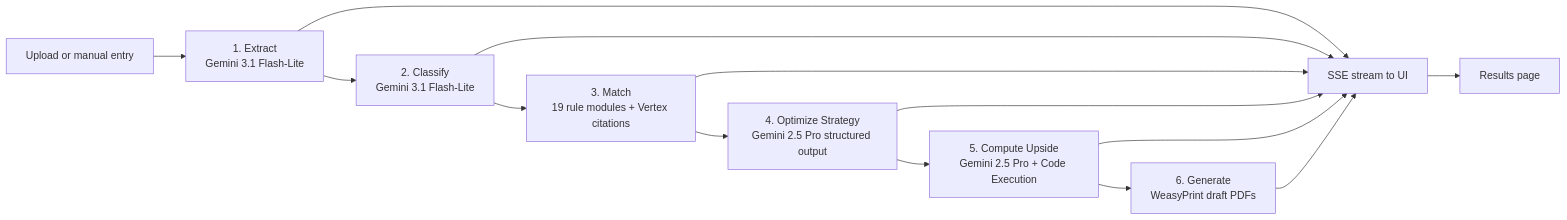
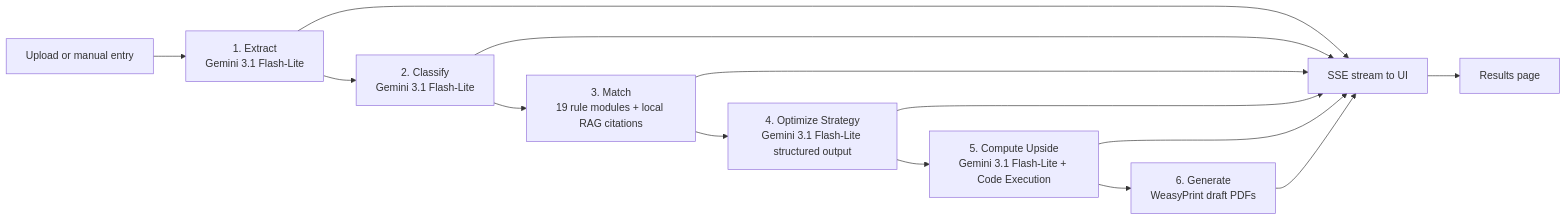
Before and after one commit to AlaskanTuna/Layak: the second of 8 diagrams in README.md, drawn with Mermaid. The commit also changed other lines of this file, not shown here.

Commit message:
docs: rewrite README and CLAUDE.md for free-tier stack (Gemini API key, local RAG, Vercel+Render)

````diff
--- a/README.md
+++ b/README.md
@@ -169,15 +169,15 @@
 ```mermaid
 flowchart LR
     Intake[Upload or manual entry] --> Extract[1. Extract<br/>Gemini 3.1 Flash-Lite]
     Extract --> Classify[2. Classify<br/>Gemini 3.1 Flash-Lite]
-    Classify --> Match[3. Match<br/>19 rule modules + Vertex citations]
-    Match --> Optimize[4. Optimize Strategy<br/>Gemini 2.5 Pro structured output]
-    Optimize --> Compute[5. Compute Upside<br/>Gemini 2.5 Pro + Code Execution]
+    Classify --> Match[3. Match<br/>19 rule modules + local RAG citations]
+    Match --> Optimize[4. Optimize Strategy<br/>Gemini 3.1 Flash-Lite structured output]
+    Optimize --> Compute[5. Compute Upside<br/>Gemini 3.1 Flash-Lite + Code Execution]
     Compute --> Generate[6. Generate<br/>WeasyPrint draft PDFs]
     Extract --> SSE[SSE stream to UI]
     Classify --> SSE
     Match --> SSE
     Optimize --> SSE
     Compute --> SSE
     Generate --> SSE --> Results[Results page]
 ```
````
